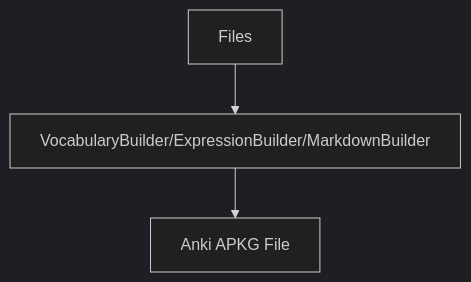
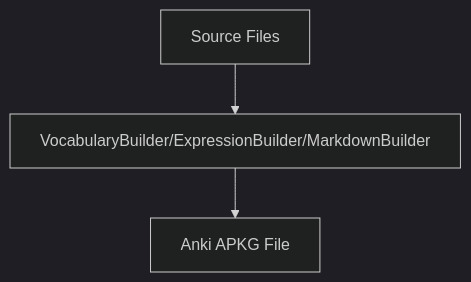
One commit to guiferviz/mnemocards changed the first of 3 diagrams in doc/mep/mep01.adoc. Above: the diagram before and after it, drawn with Mermaid (dark theme). The commit also changed other lines of this file, not shown here.

```diff
--- a/doc/mep/mep01.adoc
+++ b/doc/mep/mep01.adoc
@@ -29,6 +29,6 @@
 [mermaid]
 ....
 graph TD
-    FILE[Files] --> GEN[VocabularyBuilder/ExpressionBuilder/MarkdownBuilder]
+    FILE[Source Files] --> GEN[VocabularyBuilder/ExpressionBuilder/MarkdownBuilder]
     GEN --> APKG[Anki APKG File]
 ....
```
